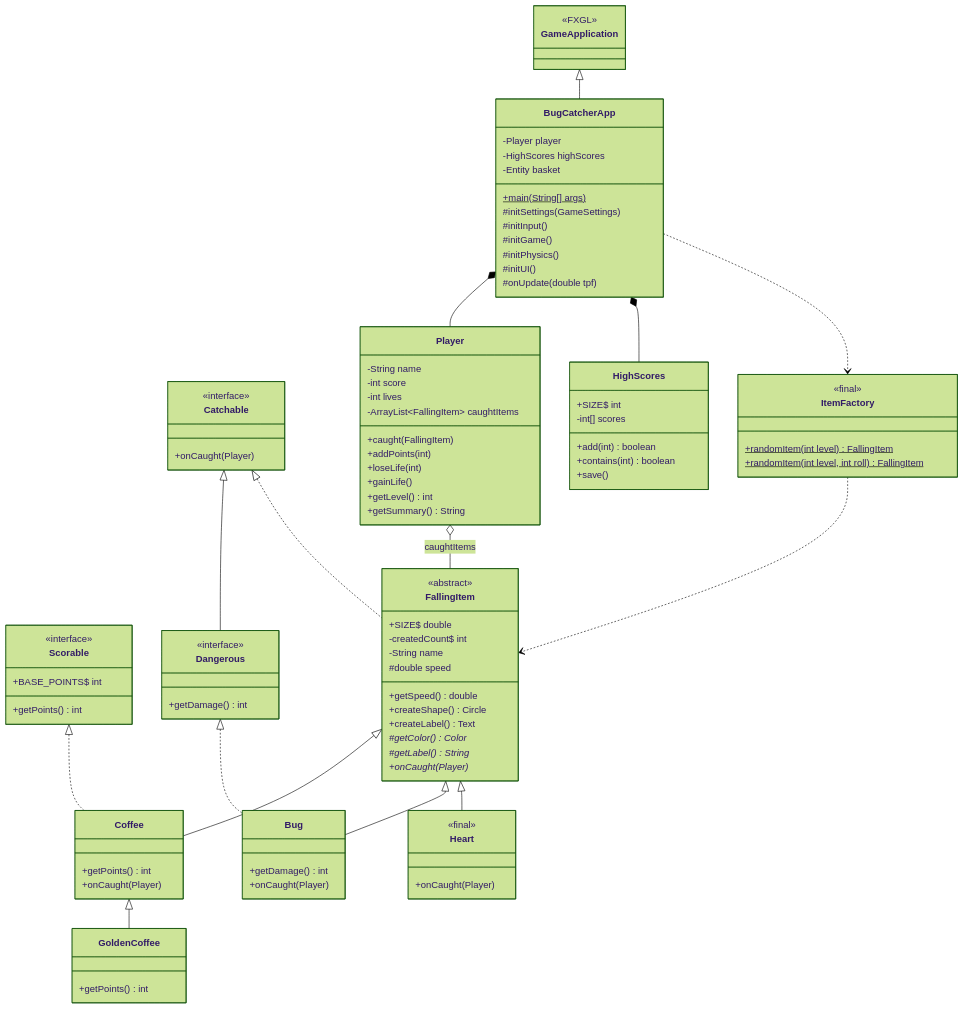
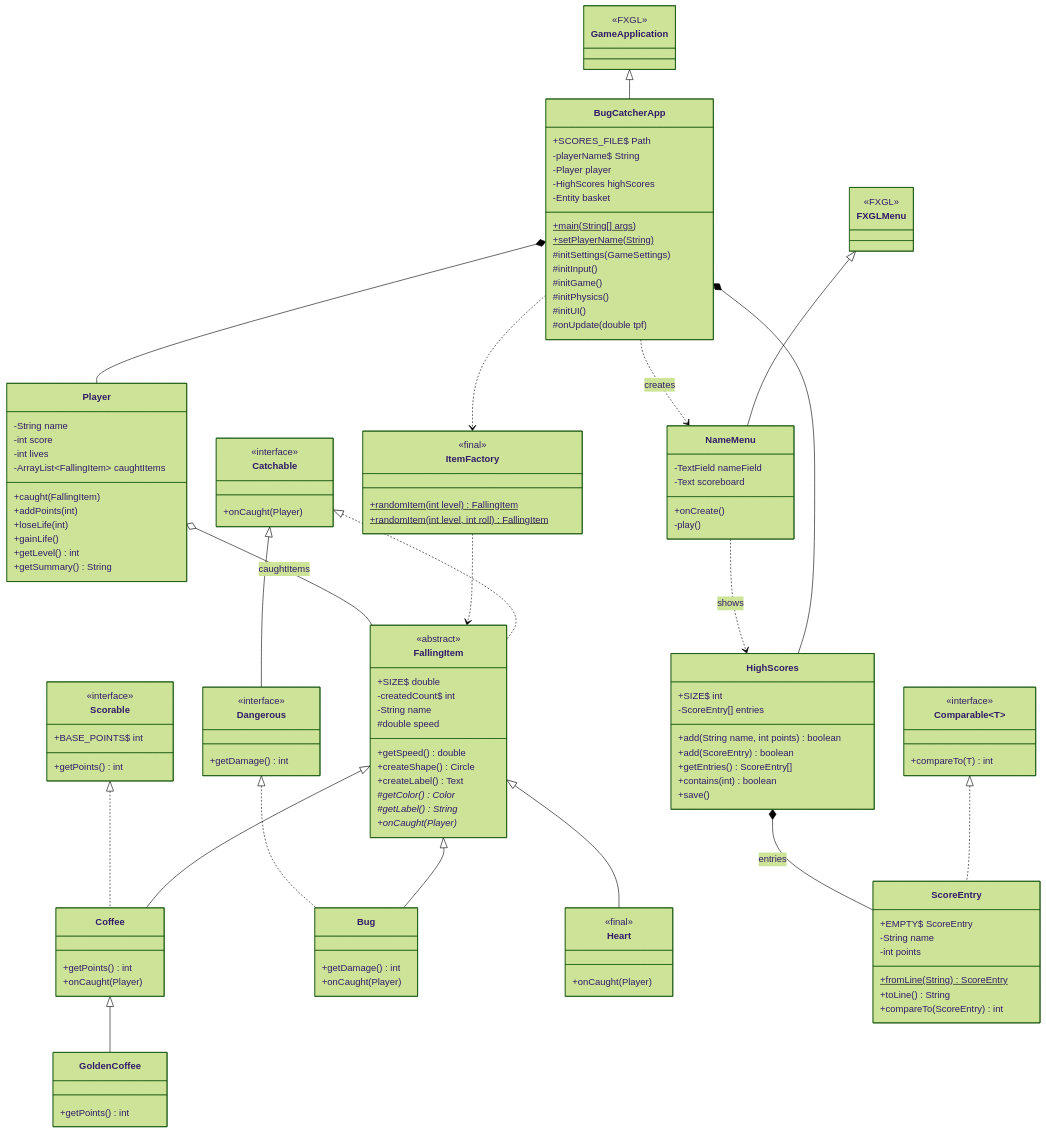
Before and after one commit to pedrodcarvalho/object-oriented-programming-course: the diagram in project-3/README.md, drawn with Mermaid (forest theme). The commit also changed other lines of this file and 31 other files, not shown here.

First line of the commit message:
feat: add name menu and named scoreboard to Bug Catcher, final cleanup

```diff
--- a/project-3/README.md
+++ b/project-3/README.md
@@ -62,16 +65,29 @@
         <<FXGL>>
     }
     class BugCatcherApp {
+        +SCORES_FILE$ Path
+        -playerName$ String
         -Player player
         -HighScores highScores
         -Entity basket
         +main(String[] args)$
+        +setPlayerName(String)$
         #initSettings(GameSettings)
         #initInput()
         #initGame()
         #initPhysics()
         #initUI()
         #onUpdate(double tpf)
+    }
+
+    class FXGLMenu {
+        <<FXGL>>
+    }
+    class NameMenu {
+        -TextField nameField
+        -Text scoreboard
+        +onCreate()
+        -play()
     }
 
     class Catchable {
@@ -136,13 +152,29 @@
     }
     class HighScores {
         +SIZE$ int
-        -int[] scores
-        +add(int) boolean
+        -ScoreEntry[] entries
+        +add(String name, int points) boolean
+        +add(ScoreEntry) boolean
+        +getEntries() ScoreEntry[]
         +contains(int) boolean
         +save()
     }
+    class Comparable~T~ {
+        <<interface>>
+        +compareTo(T) int
+    }
+    class ScoreEntry {
+        +EMPTY$ ScoreEntry
+        -String name
+        -int points
+        +fromLine(String)$ ScoreEntry
+        +toLine() String
+        +compareTo(ScoreEntry) int
+    }
 
     GameApplication <|-- BugCatcherApp
+    FXGLMenu <|-- NameMenu
+    Comparable <|.. ScoreEntry
     Catchable <|-- Dangerous
     Catchable <|.. FallingItem
     FallingItem <|-- Coffee
@@ -154,6 +186,9 @@
 
     BugCatcherApp *-- Player
     BugCatcherApp *-- HighScores
+    BugCatcherApp ..> NameMenu : creates
+    NameMenu ..> HighScores : shows
+    HighScores *-- ScoreEntry : entries
     BugCatcherApp ..> ItemFactory
     ItemFactory ..> FallingItem
     Player o-- FallingItem : caughtItems
```
